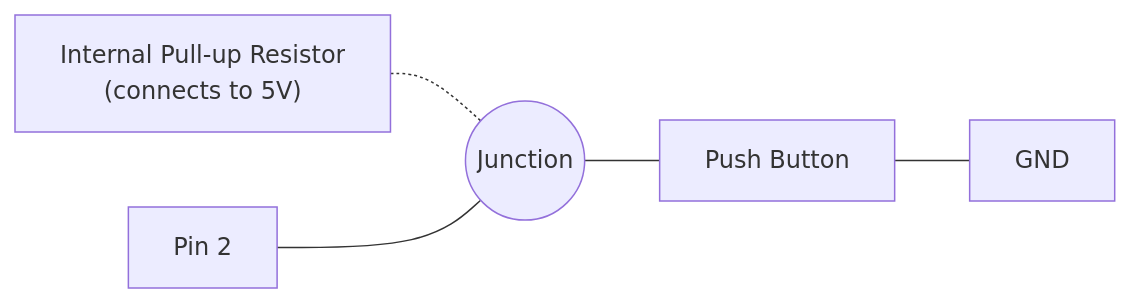
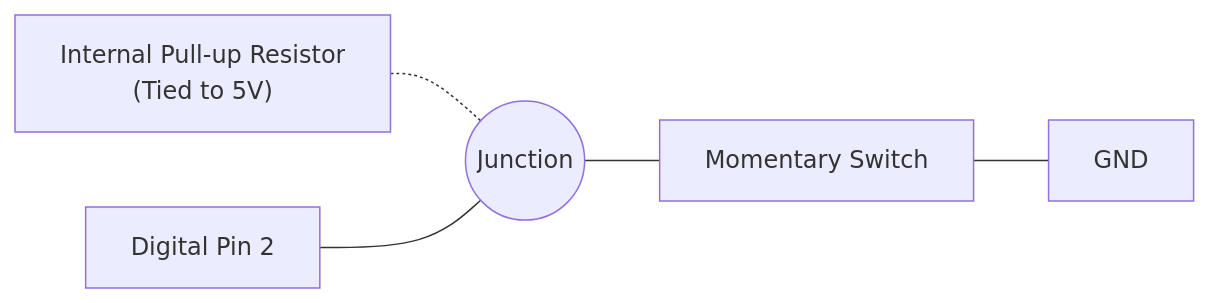
Before and after one commit to jithurx/learn: the sixth of 9 diagrams in src/content/docs/posts/intro-to-hardware/index.md, drawn with Mermaid. The commit also changed other lines of this file, not shown here.

````diff
--- a/src/content/docs/posts/intro-to-hardware/index.md
+++ b/src/content/docs/posts/intro-to-hardware/index.md
@@ -313,7 +304,7 @@
 ```mermaid
 flowchart LR
-    PULLUP["Internal Pull-up Resistor<br>(connects to 5V)"] -.- Node(("Junction"))
-    P2["Pin 2"] --- Node
-    Node --- B["Push Button"]
+    PULLUP["Internal Pull-up Resistor<br>(Tied to 5V)"] -.- Node(("Junction"))
+    P2["Digital Pin 2"] --- Node
+    Node --- B["Momentary Switch"]
     B --- GND["GND"]
 ```
````
